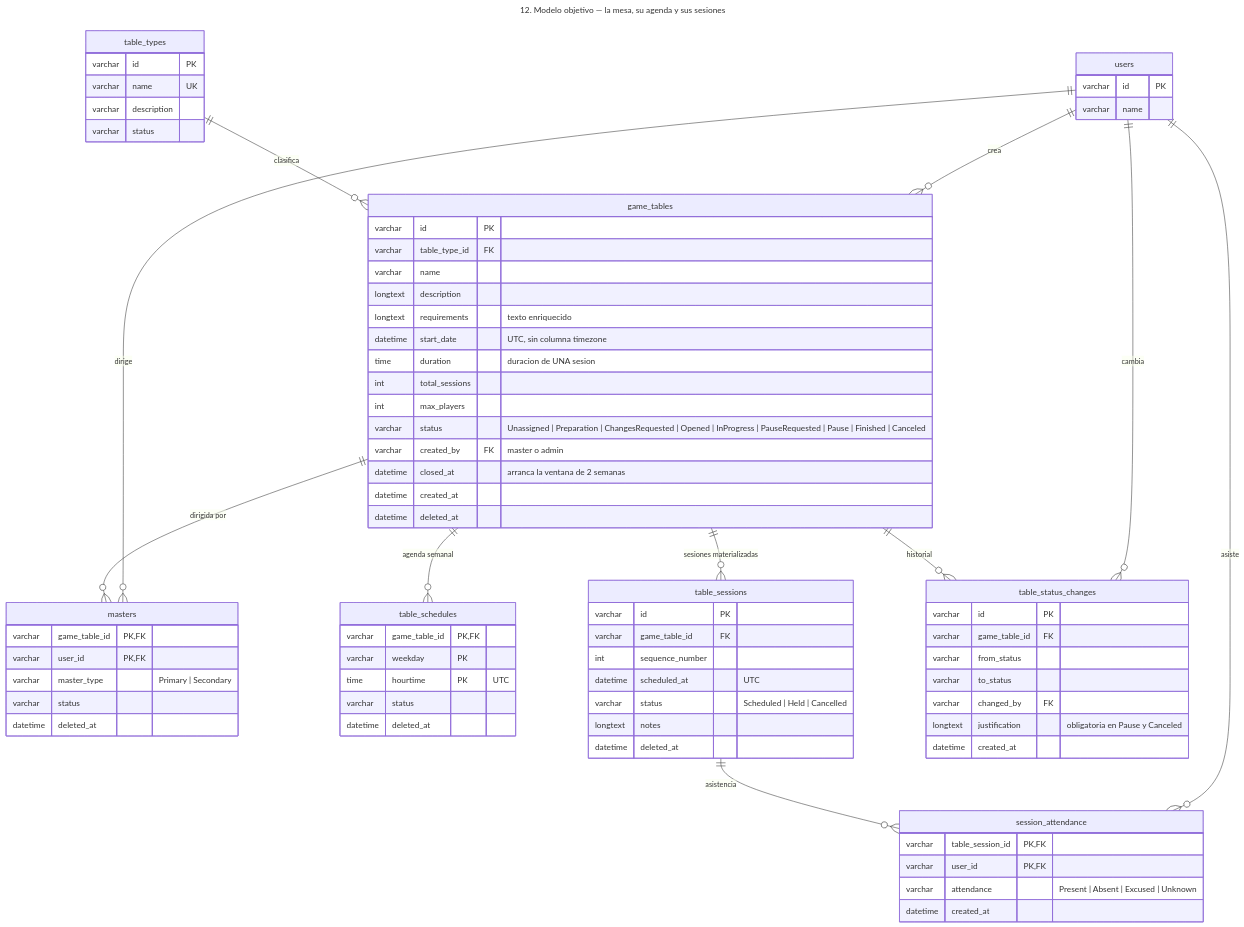
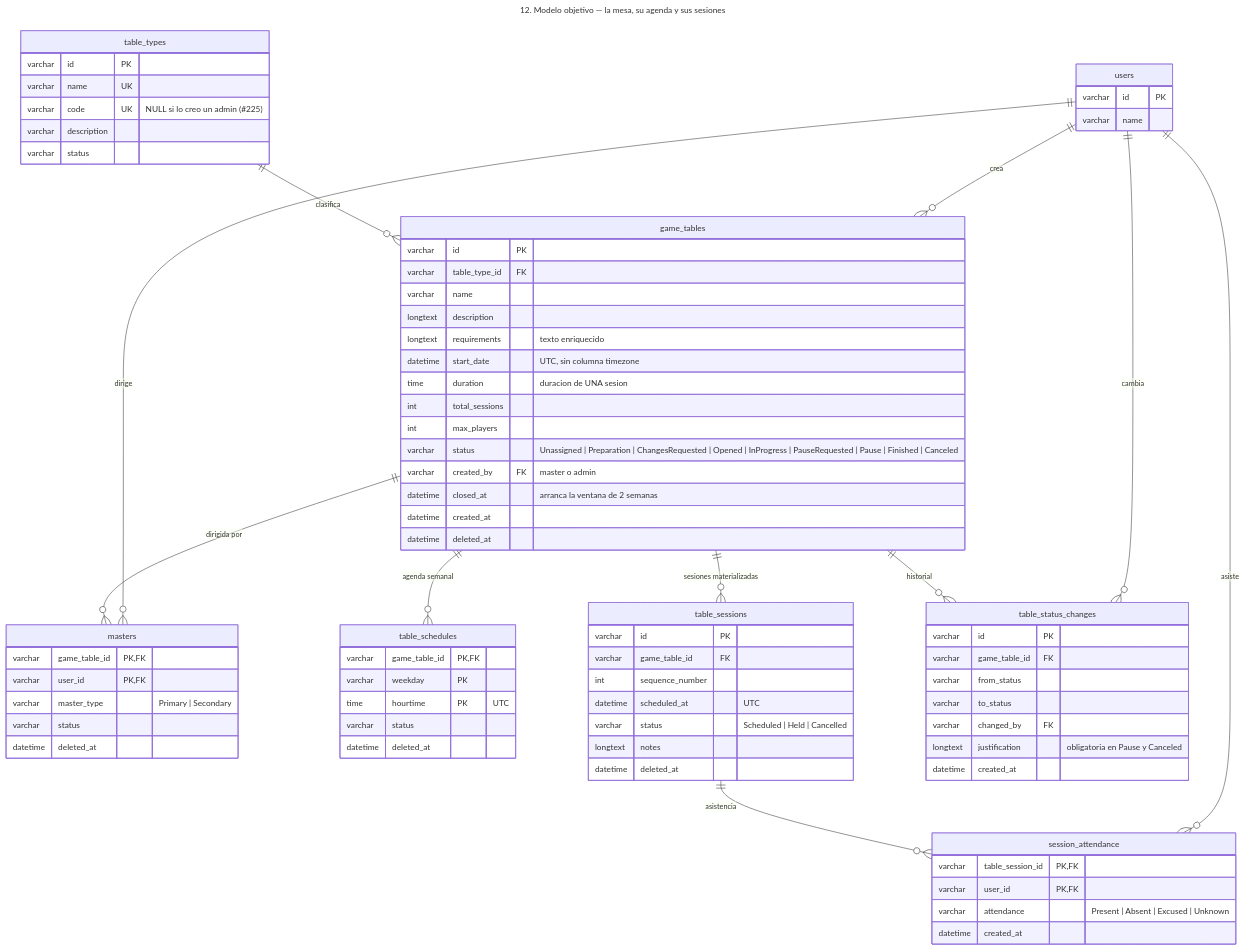
One commit to d4m14n257/CentralDungeon changed the diagram in docs/diagramas/12-objetivo-mesa.mmd. Above: the diagram before and after it, drawn with Mermaid. The commit also changed 24 other files, not shown here.

```diff
--- a/docs/diagramas/12-objetivo-mesa.mmd
+++ b/docs/diagramas/12-objetivo-mesa.mmd
@@ -1,87 +1,88 @@
 ---
 title: "12. Modelo objetivo — la mesa, su agenda y sus sesiones"
 ---
 erDiagram
 
     table_types {
         varchar id PK
         varchar name UK
+        varchar code UK "NULL si lo creo un admin (#225)"
         varchar description
         varchar status
     }
 
     game_tables {
         varchar id PK
         varchar table_type_id FK
         varchar name
         longtext description
         longtext requirements "texto enriquecido"
         datetime start_date "UTC, sin columna timezone"
         time duration "duracion de UNA sesion"
         int total_sessions
         int max_players
         varchar status "Unassigned | Preparation | ChangesRequested | Opened | InProgress | PauseRequested | Pause | Finished | Canceled"
         varchar created_by FK "master o admin"
         datetime closed_at "arranca la ventana de 2 semanas"
         datetime created_at
         datetime deleted_at
     }
 
     masters {
         varchar game_table_id PK,FK
         varchar user_id PK,FK
         varchar master_type "Primary | Secondary"
         varchar status
         datetime deleted_at
     }
 
     table_schedules {
         varchar game_table_id PK,FK
         varchar weekday PK
         time hourtime PK "UTC"
         varchar status
         datetime deleted_at
     }
 
     table_sessions {
         varchar id PK
         varchar game_table_id FK
         int sequence_number
         datetime scheduled_at "UTC"
         varchar status "Scheduled | Held | Cancelled"
         longtext notes
         datetime deleted_at
     }
 
     session_attendance {
         varchar table_session_id PK,FK
         varchar user_id PK,FK
         varchar attendance "Present | Absent | Excused | Unknown"
         datetime created_at
     }
 
     table_status_changes {
         varchar id PK
         varchar game_table_id FK
         varchar from_status
         varchar to_status
         varchar changed_by FK
         longtext justification "obligatoria en Pause y Canceled"
         datetime created_at
     }
 
     users {
         varchar id PK
         varchar name
     }
 
     table_types    ||--o{ game_tables          : "clasifica"
     game_tables    ||--o{ masters              : "dirigida por"
     users          ||--o{ masters              : "dirige"
     game_tables    ||--o{ table_schedules      : "agenda semanal"
     game_tables    ||--o{ table_sessions       : "sesiones materializadas"
     table_sessions ||--o{ session_attendance   : "asistencia"
     users          ||--o{ session_attendance   : "asiste"
     game_tables    ||--o{ table_status_changes : "historial"
     users          ||--o{ table_status_changes : "cambia"
     users          ||--o{ game_tables          : "crea"
```
